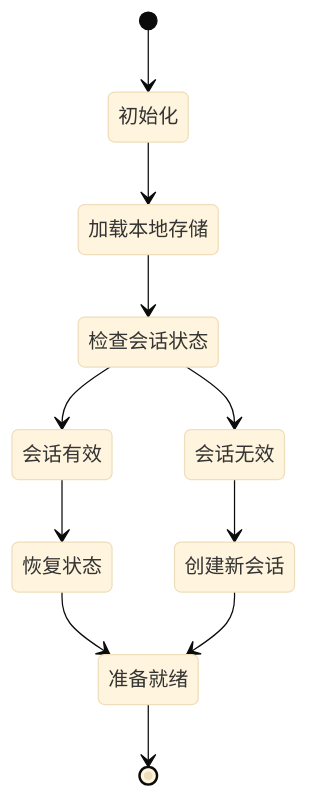
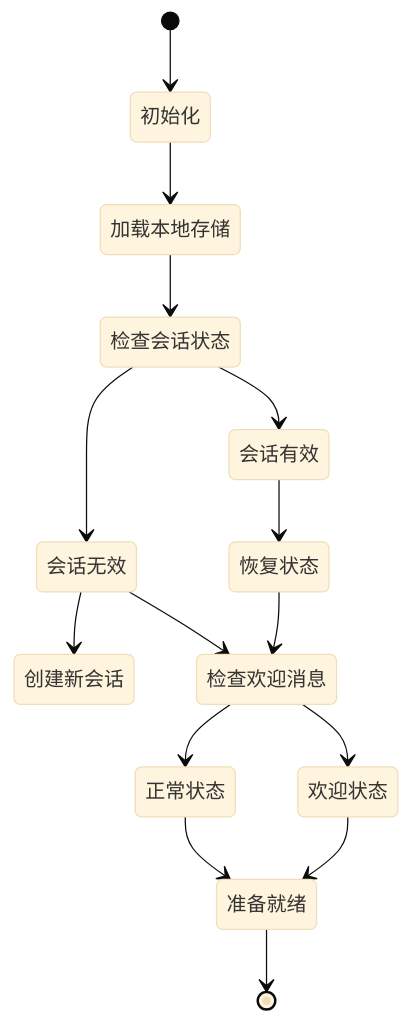
Before and after one commit to KunLabAI/KunFlix: the eighth of 19 diagrams in .qoder/repowiki/zh/content/前端应用架构/状态管理/Zustand Store 设计/增强的AI助手存储.md, drawn with Mermaid (base theme). The commit also changed other lines of this file and 20 other files, not shown here.

````diff
--- a/.qoder/repowiki/zh/content/前端应用架构/状态管理/Zustand Store 设计/增强的AI助手存储.md
+++ b/.qoder/repowiki/zh/content/前端应用架构/状态管理/Zustand Store 设计/增强的AI助手存储.md
@@ -401,13 +419,17 @@
 ```mermaid
 stateDiagram-v2
 [*] --> 初始化
 初始化 --> 加载本地存储
 加载本地存储 --> 检查会话状态
 检查会话状态 --> 会话有效
 检查会话状态 --> 会话无效
 会话有效 --> 恢复状态
 会话无效 --> 创建新会话
-恢复状态 --> 准备就绪
-创建新会话 --> 准备就绪
+恢复状态 --> 检查欢迎消息
+会话无效 --> 检查欢迎消息
+检查欢迎消息 --> 欢迎状态
+检查欢迎消息 --> 正常状态
+欢迎状态 --> 准备就绪
+正常状态 --> 准备就绪
 准备就绪 --> [*]
 ```
````
